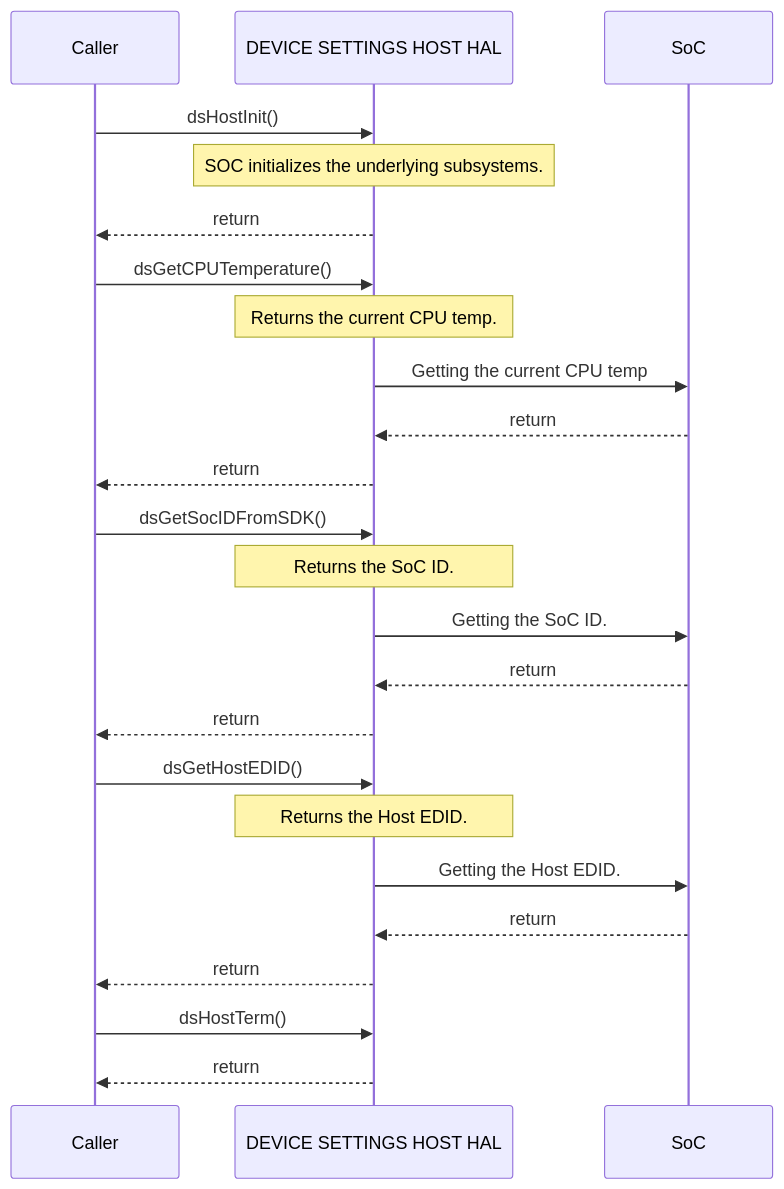
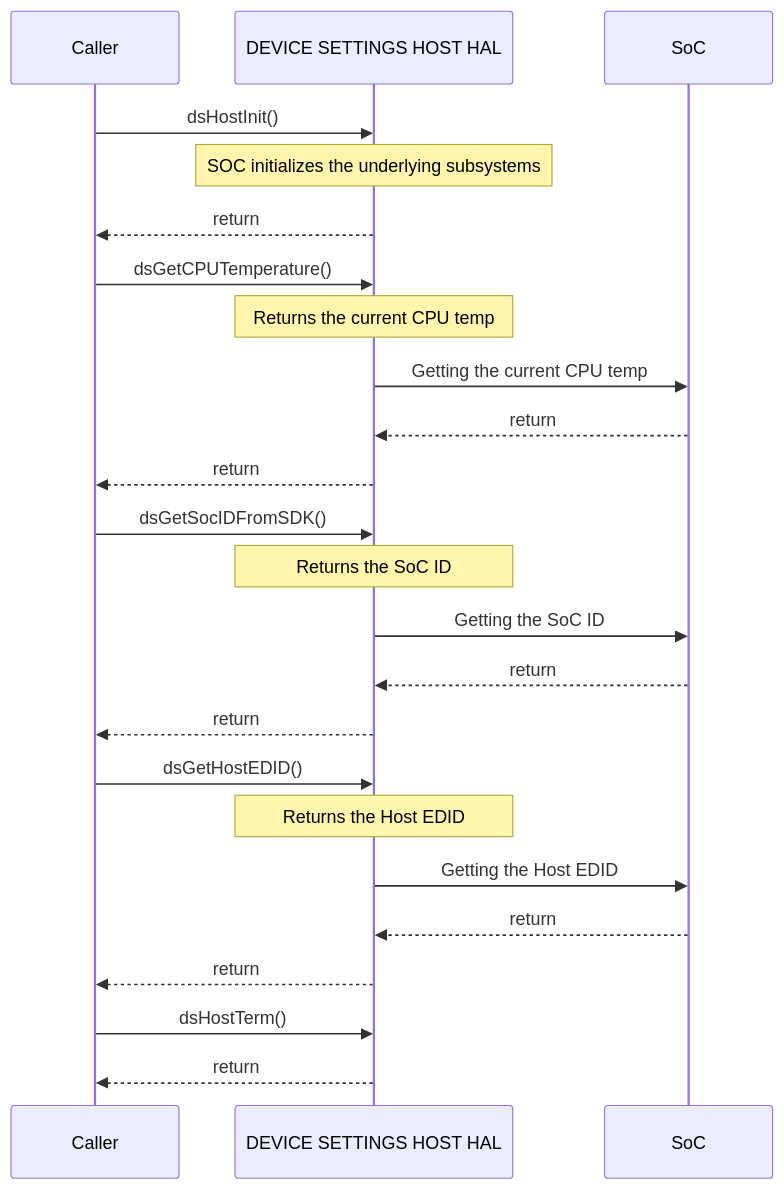
The second of 2 diagrams in docs/pages/dsHost_halSpec.md (rdkcentral/rdk-halif-device_settings), drawn with Mermaid before and after one commit. The commit also changed other lines of this file, not shown here.

First line of the commit message:
RDK-43735 - Provide documentation for component "DS Host HAL"

````diff
--- a/docs/pages/dsHost_halSpec.md
+++ b/docs/pages/dsHost_halSpec.md
@@ -165,27 +165,27 @@
 ```mermaid
 %%{ init : { "theme" : "default", "flowchart" : { "curve" : "stepBefore" }}}%%
    sequenceDiagram
     participant Caller as Caller
     participant HAL as DEVICE SETTINGS HOST HAL
     participant Driver as SoC
     Caller->>HAL:dsHostInit()
-    Note over HAL: SOC initializes the underlying subsystems.
+    Note over HAL: SOC initializes the underlying subsystems
     HAL-->>Caller:return
     Caller->>HAL:dsGetCPUTemperature()
-    Note over HAL: Returns the current CPU temp.
+    Note over HAL: Returns the current CPU temp
     HAL->>Driver:Getting the current CPU temp
     Driver-->>HAL:return
     HAL-->>Caller:return
     Caller->>HAL:dsGetSocIDFromSDK()
-    Note over HAL: Returns the SoC ID.
-    HAL->>Driver:Getting the SoC ID.
+    Note over HAL: Returns the SoC ID
+    HAL->>Driver:Getting the SoC ID
     Driver-->>HAL:return
     HAL-->>Caller:return
     Caller->>HAL:dsGetHostEDID()
-    Note over HAL: Returns the Host EDID.
-    HAL->>Driver:Getting the Host EDID.
+    Note over HAL: Returns the Host EDID
+    HAL->>Driver:Getting the Host EDID
     Driver-->>HAL:return
     HAL-->>Caller:return
     Caller ->>HAL:dsHostTerm()
     HAL-->>Caller:return
  ```
````
